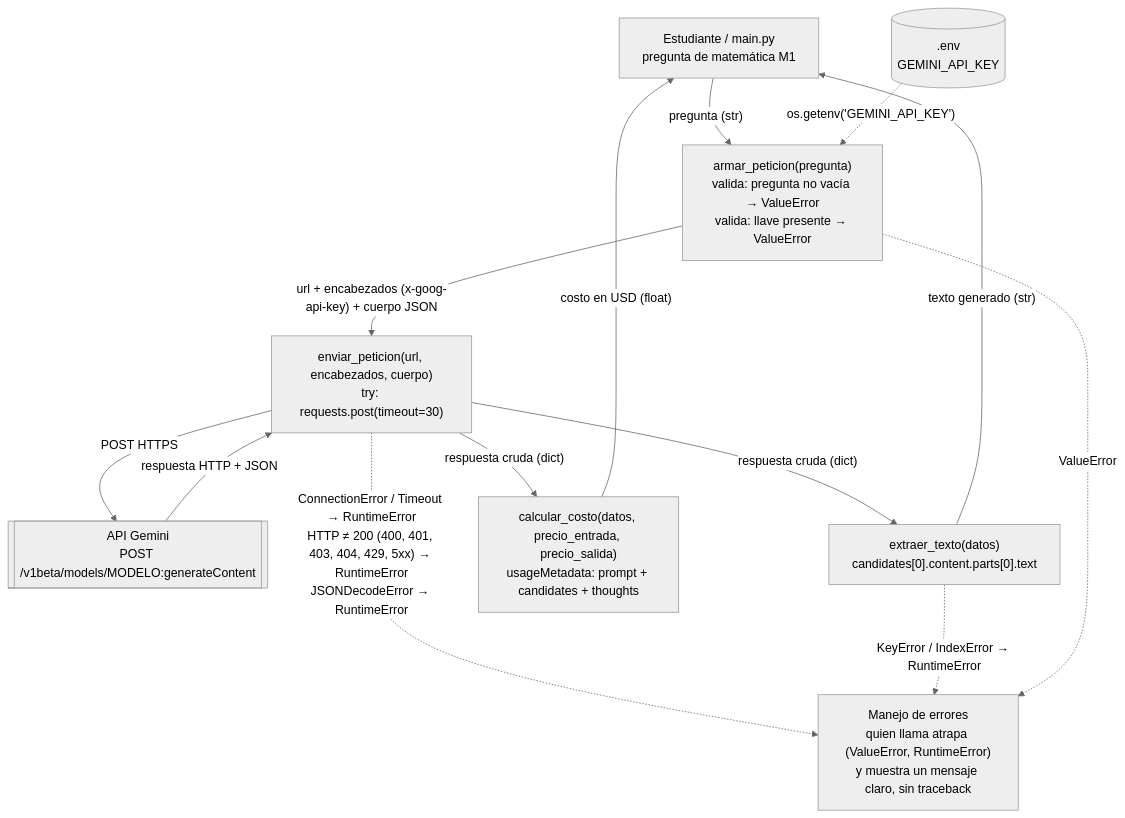
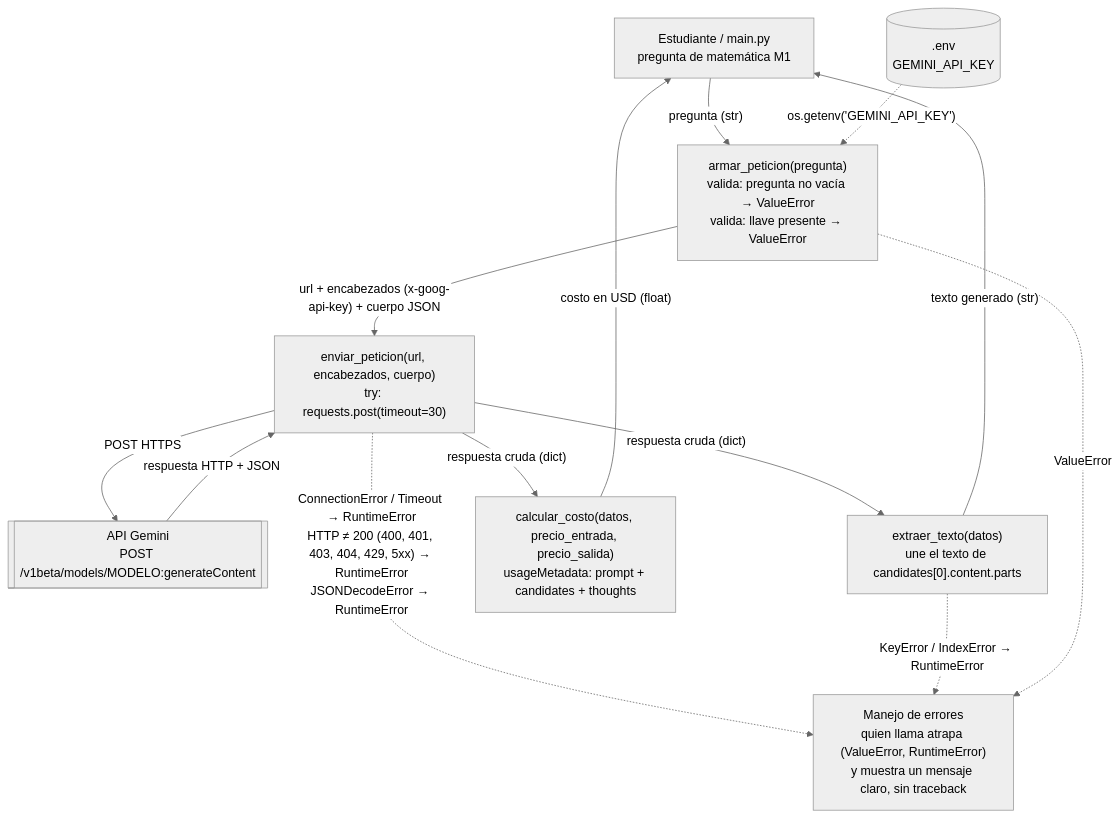
The diagram in docs/diagrama_arquitectura.md (JoseSebaLM/PM1), drawn with Mermaid (neutral theme) before and after one commit. The commit also changed 1 other file, not shown here.

Commit message:
Unir todas las partes de texto en extraer_texto y permitir elegir el modelo en armar_peticion

````diff
--- a/docs/diagrama_arquitectura.md
+++ b/docs/diagrama_arquitectura.md
@@ -5,25 +5,25 @@
 ```mermaid
 flowchart TD
     U["Estudiante / main.py<br/>pregunta de matemática M1"]
     ENV[(".env<br/>GEMINI_API_KEY")]
     A["armar_peticion(pregunta)<br/>valida: pregunta no vacía → ValueError<br/>valida: llave presente → ValueError"]
     E["enviar_peticion(url, encabezados, cuerpo)<br/>try: requests.post(timeout=30)"]
     API[["API Gemini<br/>POST /v1beta/models/MODELO:generateContent"]]
-    X["extraer_texto(datos)<br/>candidates[0].content.parts[0].text"]
+    X["extraer_texto(datos)<br/>une el texto de candidates[0].content.parts"]
     C["calcular_costo(datos, precio_entrada, precio_salida)<br/>usageMetadata: prompt + candidates + thoughts"]
 
     U -- "pregunta (str)" --> A
     ENV -. "os.getenv('GEMINI_API_KEY')" .-> A
     A -- "url + encabezados (x-goog-api-key) + cuerpo JSON" --> E
     E -- "POST HTTPS" --> API
     API -- "respuesta HTTP + JSON" --> E
     E -- "respuesta cruda (dict)" --> X
     E -- "respuesta cruda (dict)" --> C
     X -- "texto generado (str)" --> U
     C -- "costo en USD (float)" --> U
 
     E -. "ConnectionError / Timeout → RuntimeError<br/>HTTP ≠ 200 (400, 401, 403, 404, 429, 5xx) → RuntimeError<br/>JSONDecodeError → RuntimeError" .-> ERR
     X -. "KeyError / IndexError → RuntimeError" .-> ERR
     A -. "ValueError" .-> ERR
     ERR["Manejo de errores<br/>quien llama atrapa (ValueError, RuntimeError)<br/>y muestra un mensaje claro, sin traceback"]
 ```
````
